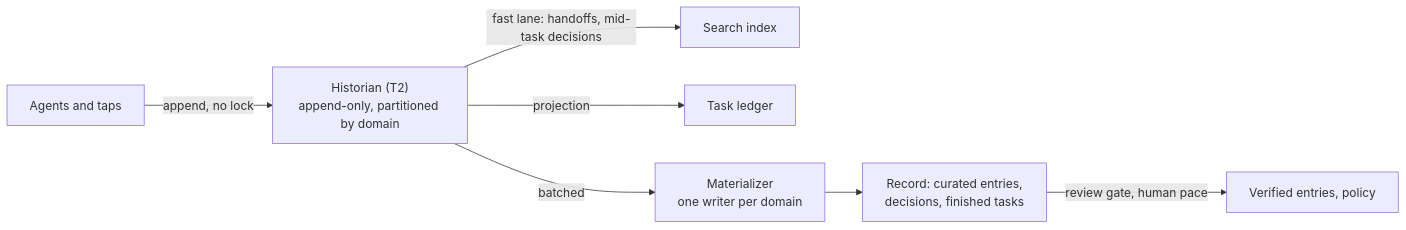
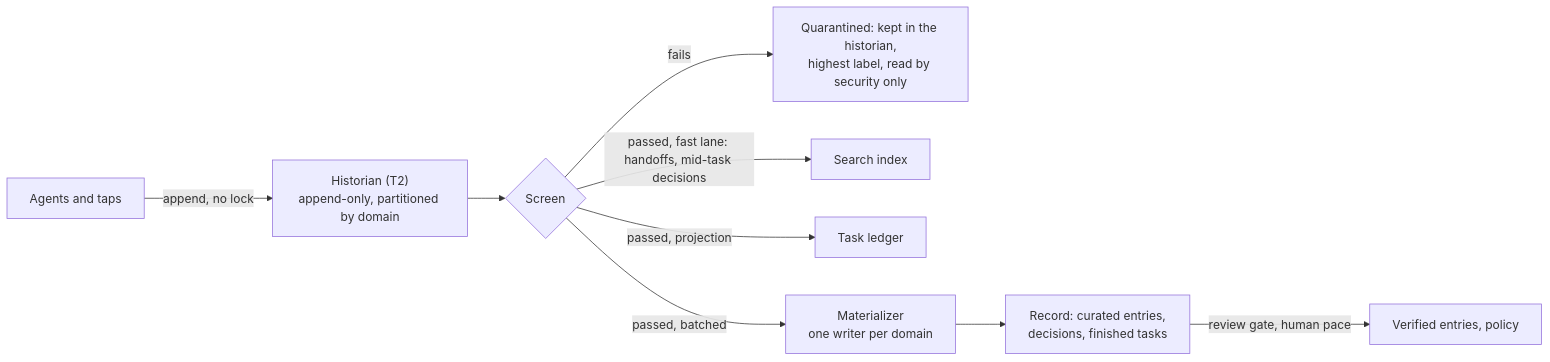
One commit to apache/tooling-memory changed the second of 6 diagrams in docs/durable-memory-for-disposable-agents.md. Above: the diagram before and after it, drawn with Mermaid. The commit also changed other lines of this file and 1 other file, not shown here.

First line of the commit message:
Screen before anything reads a write; raw reach depends on origin

````diff
--- a/docs/durable-memory-for-disposable-agents.md
+++ b/docs/durable-memory-for-disposable-agents.md
@@ -189,9 +189,11 @@
 ```mermaid
 flowchart LR
     A1["Agents and taps"] -->|append, no lock| LOG["Historian (T2)<br/>append-only, partitioned by domain"]
-    LOG -->|"fast lane: handoffs, mid-task decisions"| IX["Search index"]
-    LOG -->|projection| BRD["Task ledger"]
-    LOG -->|batched| MAT["Materializer<br/>one writer per domain"]
+    LOG --> SCR{"Screen"}
+    SCR -->|fails| QUA["Quarantined: kept in the historian,<br/>highest label, read by security only"]
+    SCR -->|"passed, fast lane: handoffs, mid-task decisions"| IX["Search index"]
+    SCR -->|passed, projection| BRD["Task ledger"]
+    SCR -->|passed, batched| MAT["Materializer<br/>one writer per domain"]
     MAT --> REC["Record: curated entries,<br/>decisions, finished tasks"]
     REC -->|review gate, human pace| VER["Verified entries, policy"]
 ```
````
